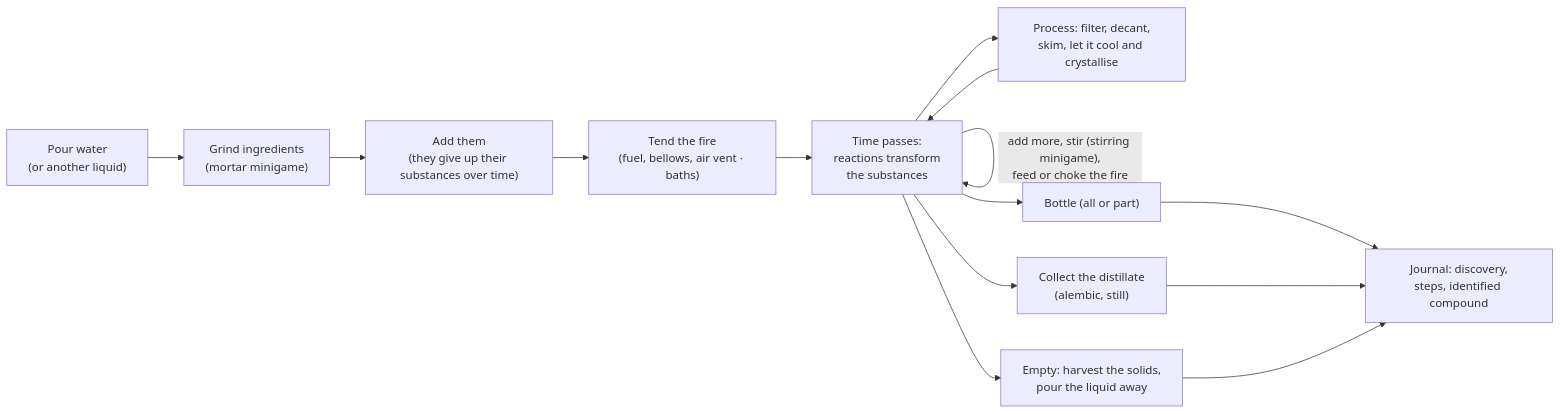
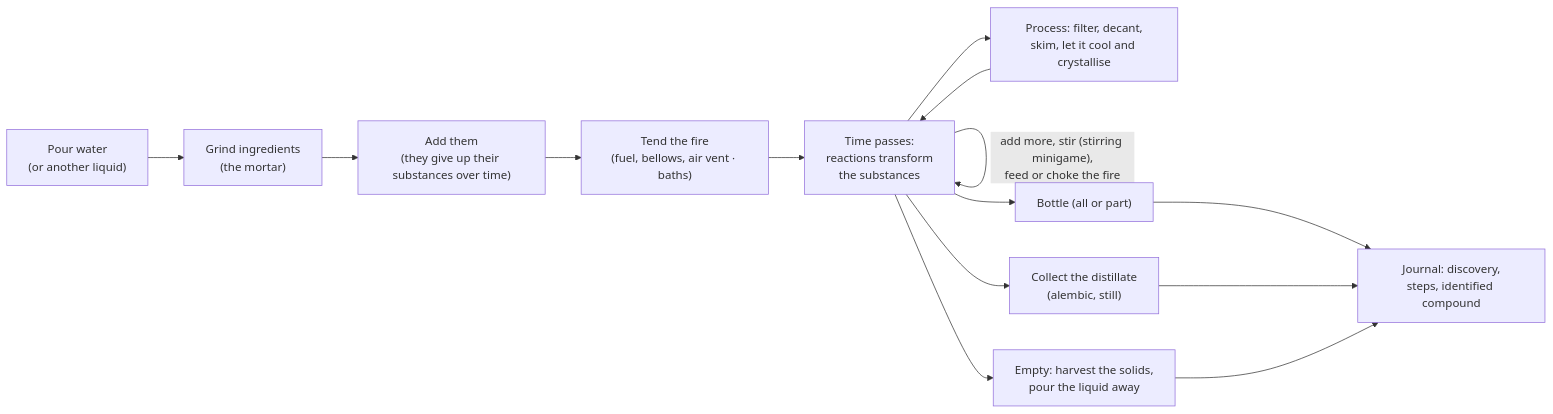
Before and after one commit to Kaynan-Jamelaumn/SimpleMovementsUnityPackage: the diagram in Documentation/Alchemy/01-Overview-and-Setup.md, drawn with Mermaid. The commit also changed other lines of this file and 28 other files, not shown here.

````diff
--- a/Documentation/Alchemy/01-Overview-and-Setup.md
+++ b/Documentation/Alchemy/01-Overview-and-Setup.md
@@ -39,16 +42,16 @@
 ```mermaid
 flowchart LR
-    W["Pour water<br/>(or another liquid)"] --> G["Grind ingredients<br/>(mortar minigame)"]
+    W["Pour water<br/>(or another liquid)"] --> G["Grind ingredients<br/>(the mortar)"]
     G --> I["Add them<br/>(they give up their substances over time)"]
     I --> F["Tend the fire<br/>(fuel, bellows, air vent · baths)"]
     F --> T["Time passes:<br/>reactions transform<br/>the substances"]
     T -- "add more, stir (stirring minigame),<br/>feed or choke the fire" --> T
     T --> P["Process: filter, decant,<br/>skim, let it cool and crystallise"]
     P --> T
     T --> B["Bottle (all or part)"]
     T --> D["Collect the distillate<br/>(alembic, still)"]
     T --> E["Empty: harvest the solids,<br/>pour the liquid away"]
     B --> J["Journal: discovery,<br/>steps, identified compound"]
     D --> J
     E --> J
 ```
````
